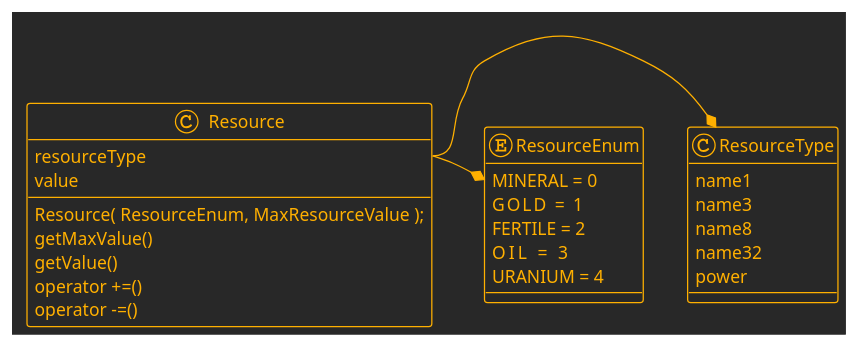
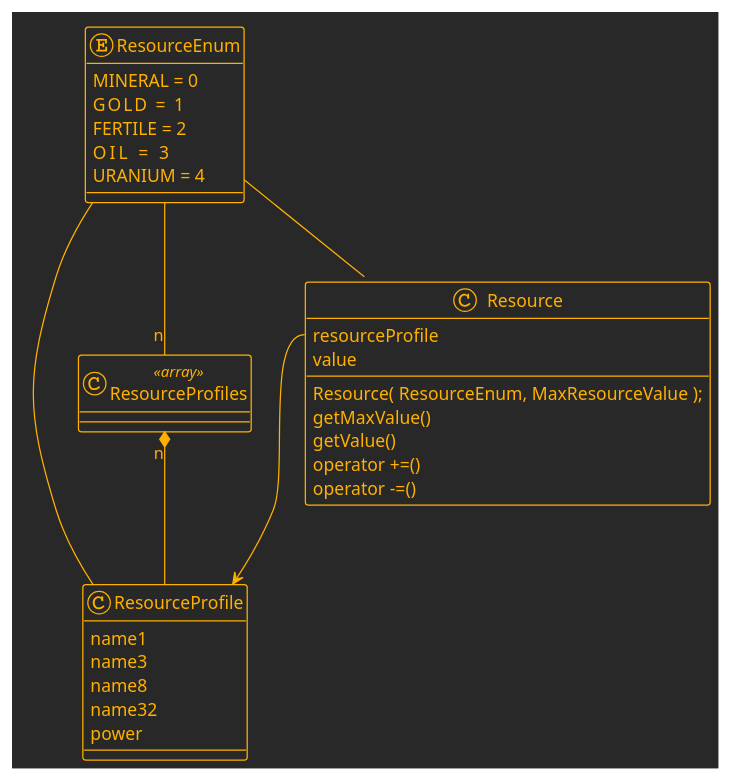
One commit to marknelsonengineer/empire changed the fourth of 5 diagrams in API_DESIGN.md. Above: the diagram before and after it, drawn with PlantUML. The commit also changed other lines of this file and 1 other file, not shown here.

```diff
--- a/API_DESIGN.md
+++ b/API_DESIGN.md
@@ -218,35 +224,40 @@
 @startuml
 !theme crt-amber
 
 enum ResourceEnum {
 MINERAL = 0
 GOLD    = 1
 FERTILE = 2
 OIL     = 3
 URANIUM = 4
 }
 
-class ResourceType {
+class ResourceProfile {
 name1
 name3
 name8
 name32
 power
 }
 
+class ResourceProfiles <<array>>
+
 class Resource {
-Resource( ResourceEnum, MaxResourceValue );
-resourceType
-value
+  Resource( ResourceEnum, MaxResourceValue );
+  resourceProfile
+  value
 
-getMaxValue()
-getValue()
-operator +=()
-operator -=()
+  getMaxValue()
+  getValue()
+  operator +=()
+  operator -=()
 }
 
-Resource::resourceType -right-* ResourceType
-Resource::resourceType -right-* ResourceEnum
+Resource::resourceProfile --> ResourceProfile
+ResourceEnum -- Resource
+ResourceEnum -- ResourceProfile
+ResourceEnum -- "n" ResourceProfiles
+ResourceProfiles "n" *-- ResourceProfile
 
 
 @enduml
```
